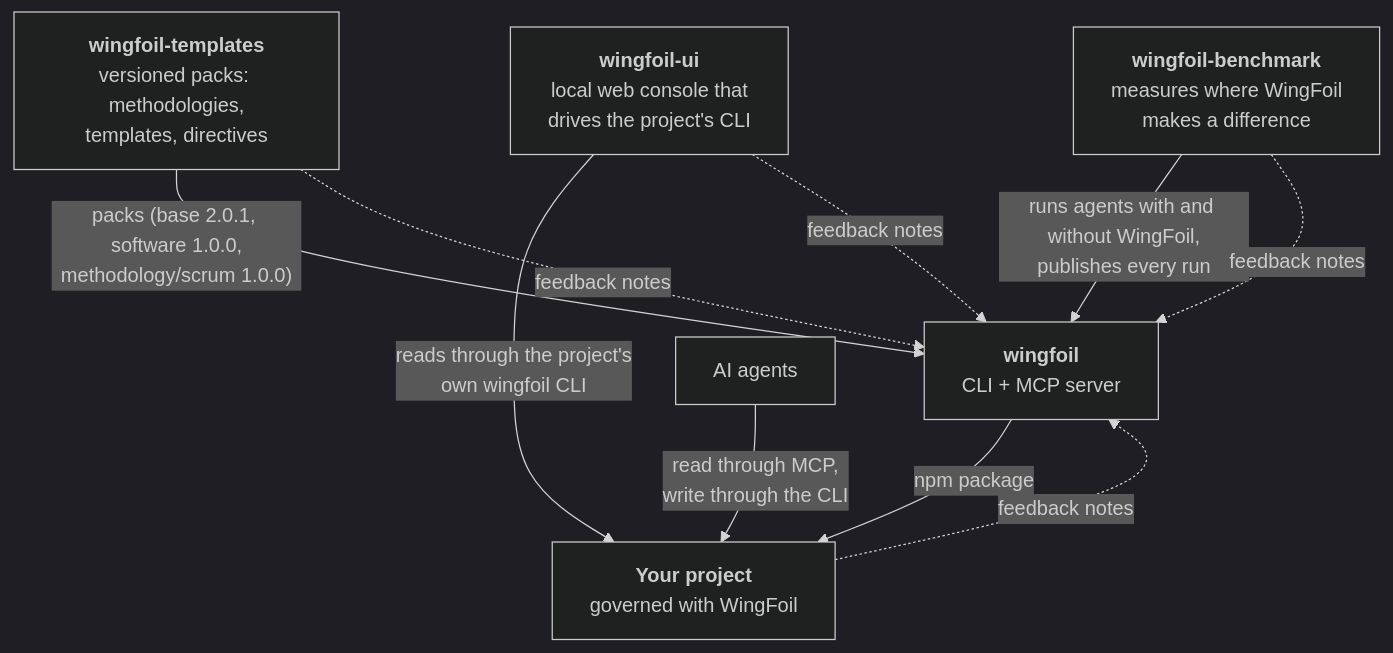
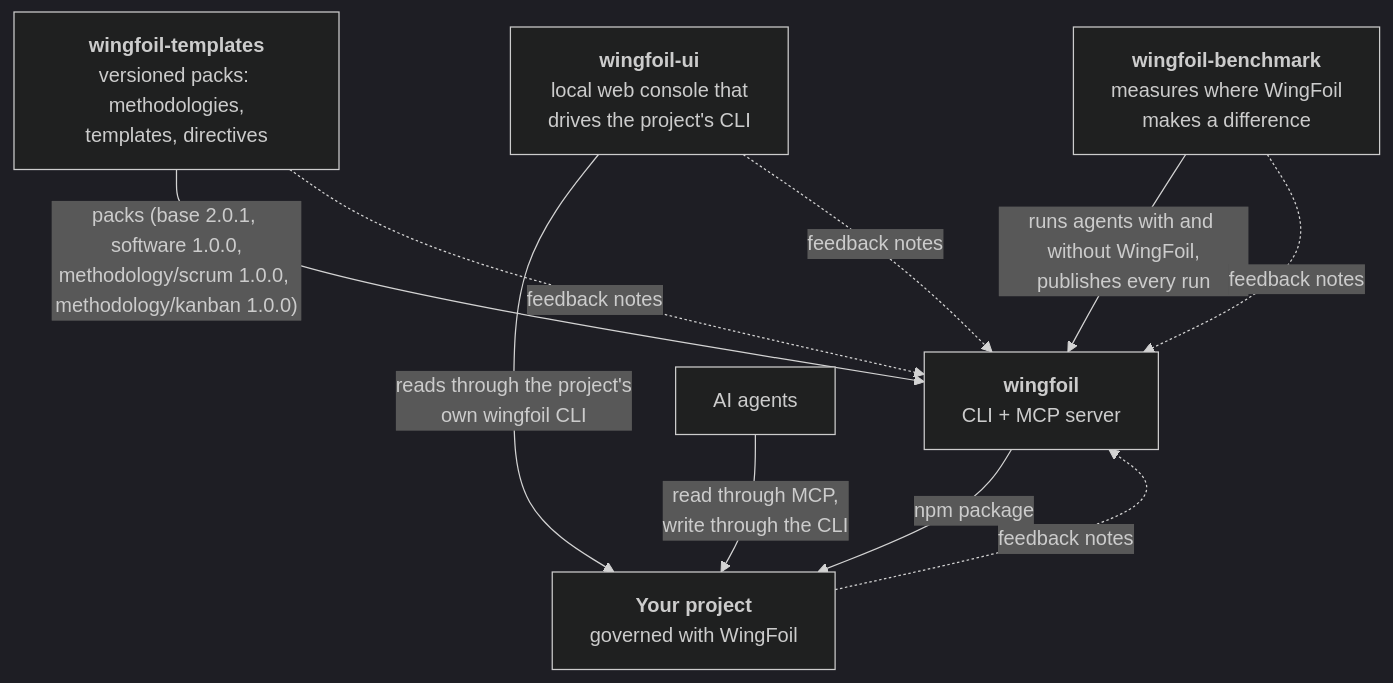
One commit to wingfoil/.github changed the diagram in docs/ecosystem.md. Above: the diagram before and after it, drawn with Mermaid (dark theme). The commit also changed other lines of this file and 3 other files, not shown here.

First line of the commit message:
profile: methodology/kanban 1.0.0 and benchmark executions 33b54dd89e8b/1, 697e79b75e41/1

````diff
--- a/docs/ecosystem.md
+++ b/docs/ecosystem.md
@@ -6,19 +6,19 @@
 ```mermaid
 flowchart TB
     T["<b>wingfoil-templates</b><br/>versioned packs: methodologies,<br/>templates, directives"]
     W["<b>wingfoil</b><br/>CLI + MCP server"]
     U["<b>wingfoil-ui</b><br/>local web console that<br/>drives the project's CLI"]
     B["<b>wingfoil-benchmark</b><br/>measures where WingFoil<br/>makes a difference"]
     Y["<b>Your project</b><br/>governed with WingFoil"]
     A["AI agents"]
 
-    T -- "packs (base 2.0.1, software 1.0.0,<br/>methodology/scrum 1.0.0)" --> W
+    T -- "packs (base 2.0.1, software 1.0.0,<br/>methodology/scrum 1.0.0, methodology/kanban 1.0.0)" --> W
     W -- "npm package" --> Y
     U -- "reads through the project's<br/>own wingfoil CLI" --> Y
     A -- "read through MCP,<br/>write through the CLI" --> Y
     B -- "runs agents with and without WingFoil,<br/>publishes every run" --> W
     T -. "feedback notes" .-> W
     B -. "feedback notes" .-> W
     U -. "feedback notes" .-> W
     Y -. "feedback notes" .-> W
 ```
````
